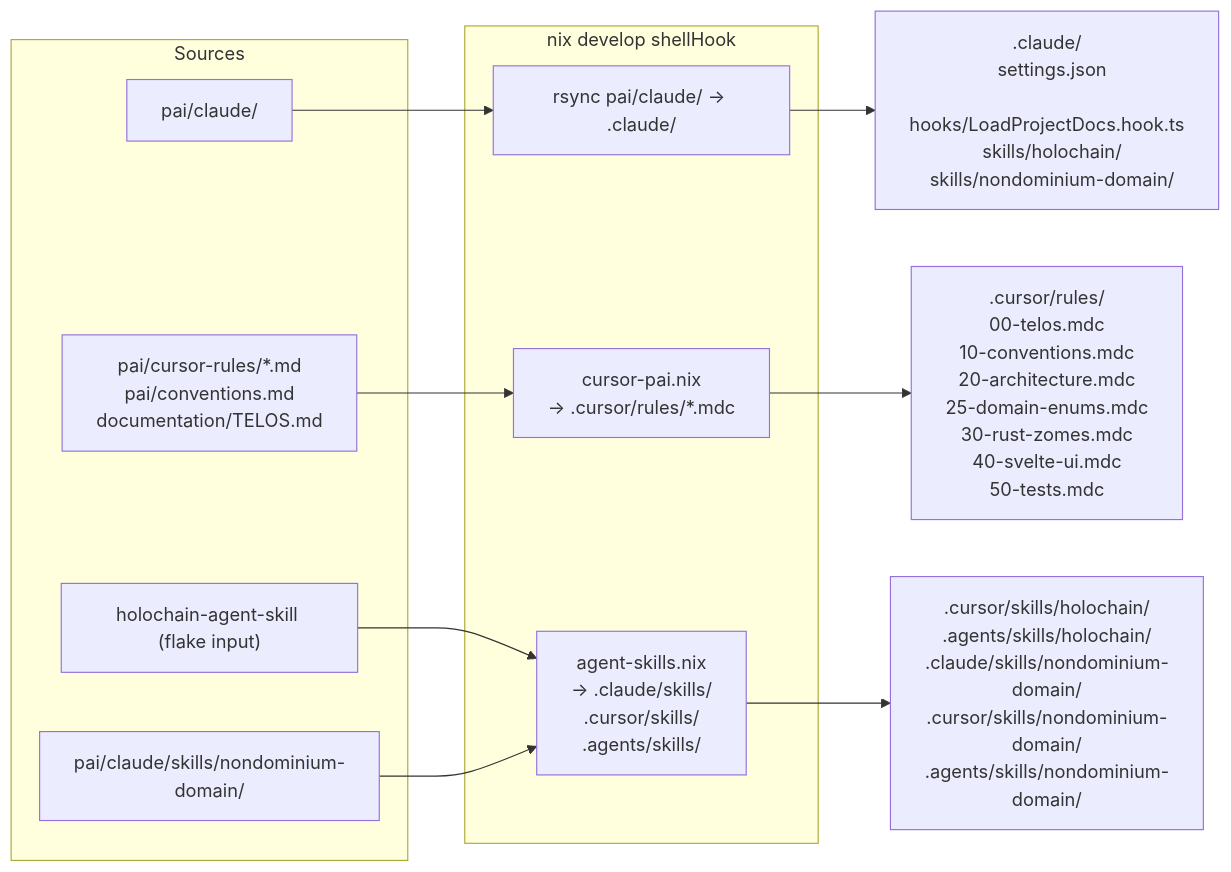
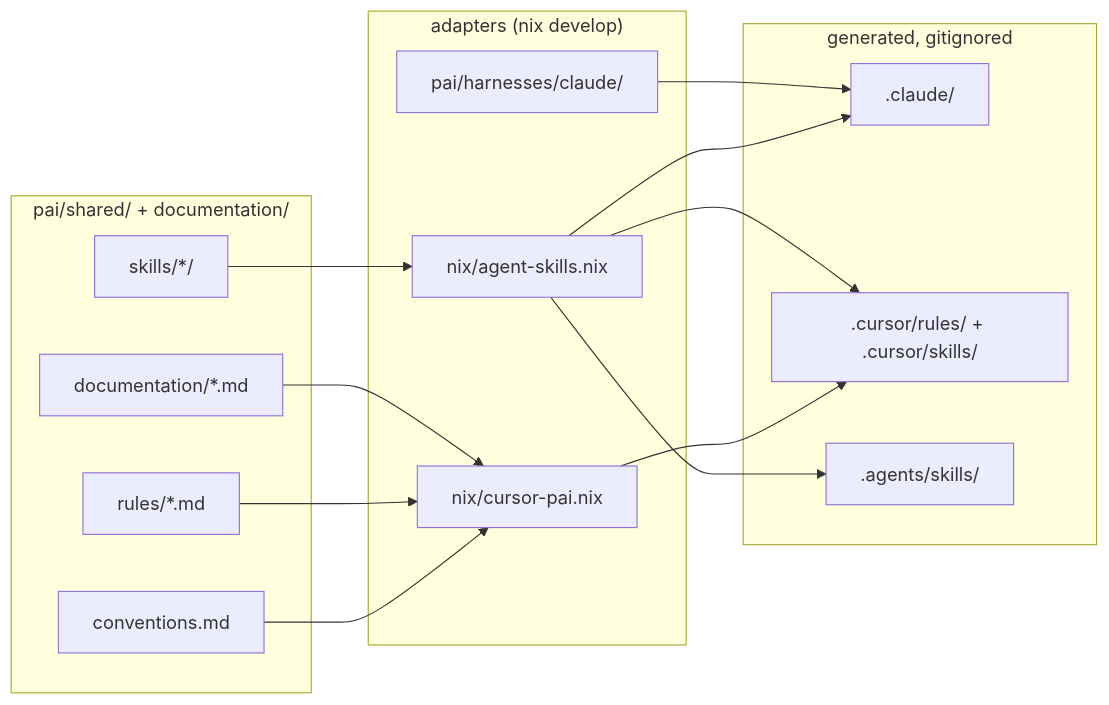
One commit to Sensorica/nondominium changed the diagram in pai/README.md. Above: the diagram before and after it, drawn with Mermaid. The commit also changed other lines of this file and 21 other files, not shown here.

First line of the commit message:
chore(pai): make the PR review procedure shared and executable (#143)

````diff
--- a/pai/README.md
+++ b/pai/README.md
@@ -126,24 +51,31 @@
 ```mermaid
-flowchart LR
-    subgraph "nix develop shellHook"
-        A["rsync pai/claude/ → .claude/"]
-        B["cursor-pai.nix\n→ .cursor/rules/*.mdc"]
-        C["agent-skills.nix\n→ .claude/skills/\n   .cursor/skills/\n   .agents/skills/"]
+graph LR
+    subgraph SRC["pai/shared/ + documentation/"]
+        CONV["conventions.md"]
+        RULES["rules/*.md"]
+        SKILLS["skills/*/"]
+        DOCS["documentation/*.md"]
     end
 
-    subgraph "Sources"
-        S1["pai/claude/"]
-        S2["pai/cursor-rules/*.md\npai/conventions.md\ndocumentation/TELOS.md"]
-        S3["holochain-agent-skill (flake input)"]
-        S4["pai/claude/skills/nondominium-domain/"]
+    subgraph ADAPT["adapters (nix develop)"]
+        CUR["nix/cursor-pai.nix"]
+        SK["nix/agent-skills.nix"]
+        CL["pai/harnesses/claude/"]
     end
 
-    S1 --> A
-    S2 --> B
-    S3 --> C
-    S4 --> C
+    subgraph OUT["generated, gitignored"]
+        O1[".claude/"]
+        O2[".cursor/rules/ + .cursor/skills/"]
+        O3[".agents/skills/"]
+    end
 
-    A --> D[".claude/\n  settings.json\n  hooks/LoadProjectDocs.hook.ts\n  skills/holochain/\n  skills/nondominium-domain/"]
-    B --> E[".cursor/rules/\n  00-telos.mdc\n  10-conventions.mdc\n  20-architecture.mdc\n  25-domain-enums.mdc\n  30-rust-zomes.mdc\n  40-svelte-ui.mdc\n  50-tests.mdc"]
-    C --> F[".cursor/skills/holochain/\n.agents/skills/holochain/\n.claude/skills/nondominium-domain/\n.cursor/skills/nondominium-domain/\n.agents/skills/nondominium-domain/"]
+    CONV --> CUR
+    RULES --> CUR
+    DOCS --> CUR
+    SKILLS --> SK
+    CUR --> O2
+    SK --> O1
+    SK --> O2
+    SK --> O3
+    CL --> O1
 ```
````
